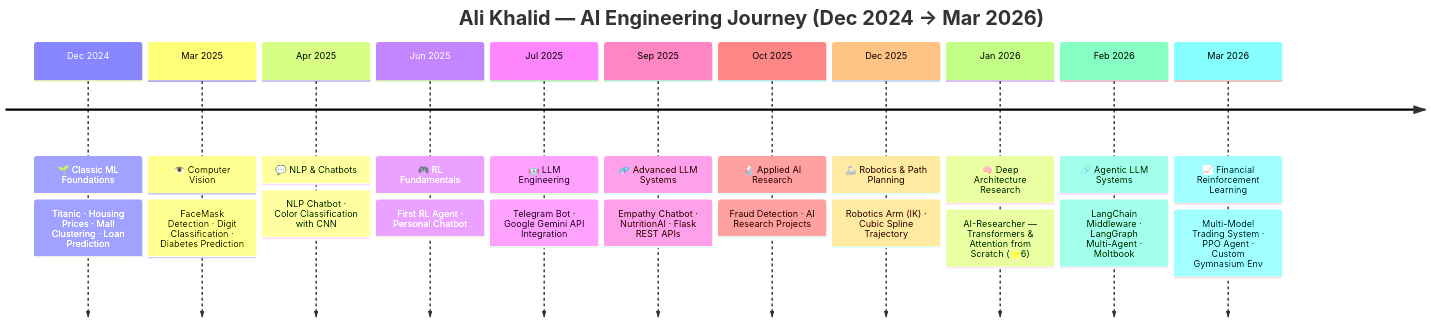
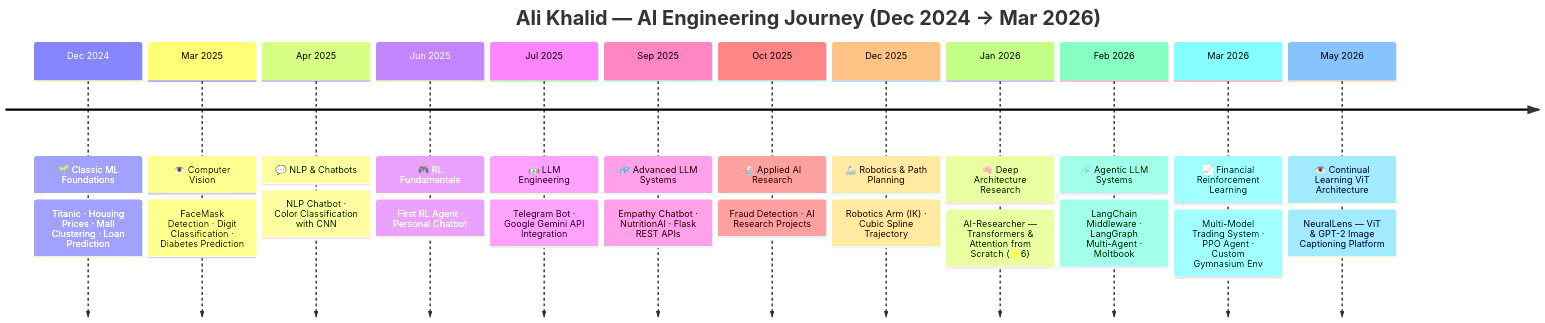
The fourth of 4 diagrams in README.md (Alouakhalid/Alouakhalid), drawn with Mermaid before and after one commit. The commit also changed other lines of this file, not shown here.

Commit message:
feat: Elevate NeuralLens to flagship project in professional portfolio

````diff
--- a/README.md
+++ b/README.md
@@ -602,37 +629,40 @@
 ```mermaid
 timeline
     title Ali Khalid — AI Engineering Journey (Dec 2024 → Mar 2026)
 
     Dec 2024 : 🌱 Classic ML Foundations
              : Titanic · Housing Prices · Mall Clustering · Loan Prediction
 
     Mar 2025 : 👁️ Computer Vision
              : FaceMask Detection · Digit Classification · Diabetes Prediction
 
     Apr 2025 : 💬 NLP & Chatbots
              : NLP Chatbot · Color Classification with CNN
 
     Jun 2025 : 🎮 RL Fundamentals
              : First RL Agent · Personal Chatbot
 
     Jul 2025 : 🤖 LLM Engineering
              : Telegram Bot · Google Gemini API Integration
 
     Sep 2025 : 🧬 Advanced LLM Systems
              : Empathy Chatbot · NutritionAI · Flask REST APIs
 
     Oct 2025 : 🔬 Applied AI Research
              : Fraud Detection · AI Research Projects
 
     Dec 2025 : 🦾 Robotics & Path Planning
              : Robotics Arm (IK) · Cubic Spline Trajectory
 
     Jan 2026 : 🧠 Deep Architecture Research
              : AI-Researcher — Transformers & Attention from Scratch (⭐6)
 
     Feb 2026 : 🔗 Agentic LLM Systems
              : LangChain Middleware · LangGraph Multi-Agent · Moltbook
 
     Mar 2026 : 📈 Financial Reinforcement Learning
              : Multi-Model Trading System · PPO Agent · Custom Gymnasium Env
+
+    May 2026 : 👁️ Continual Learning ViT Architecture
+             : NeuralLens — ViT & GPT-2 Image Captioning Platform
 ```
````
